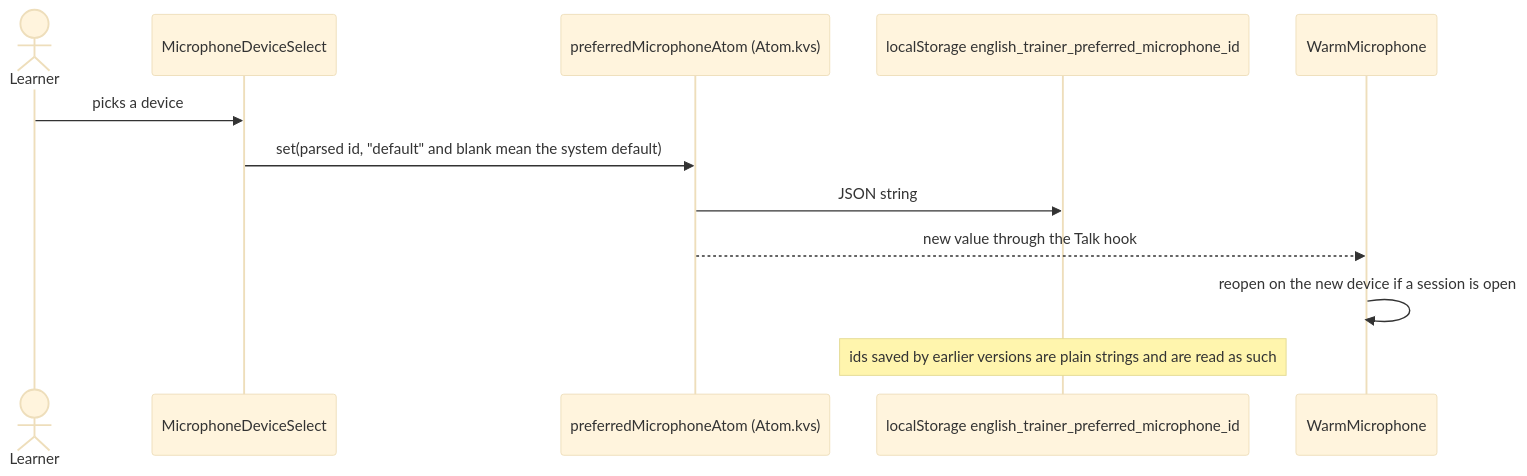
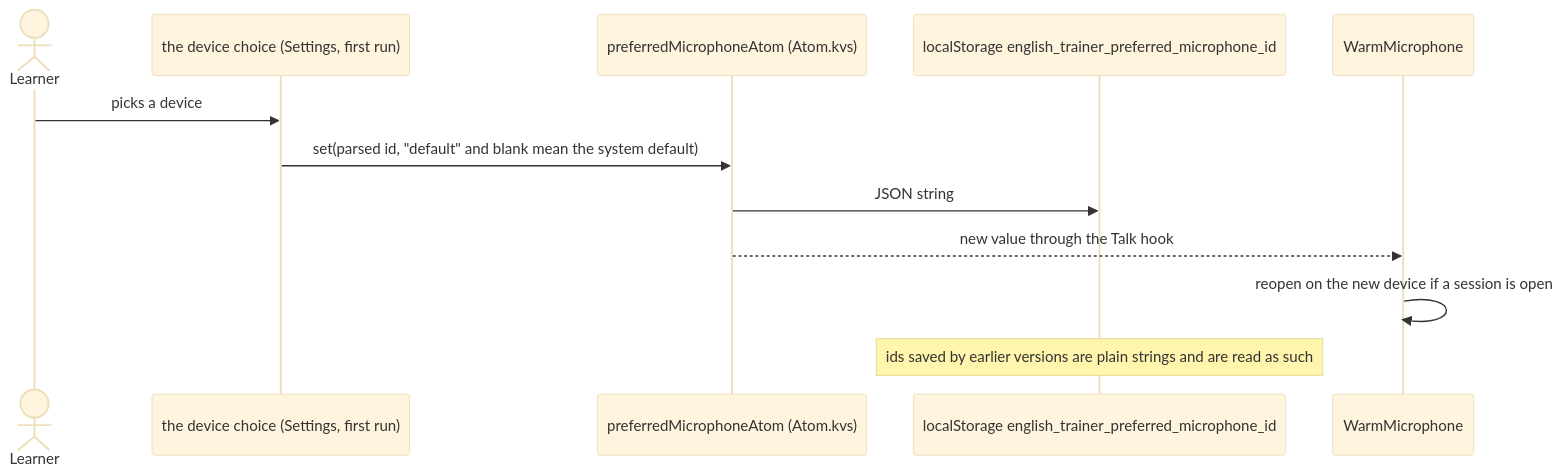
Before and after one commit to oleksii-latyshev/english-trainer: the fourth of 4 diagrams in src/core/audio/flow.md, drawn with Mermaid (base theme). The commit also changed other lines of this file and 104 other files, not shown here.

First line of the commit message:
refactor(settings): microphone and speech recognition settings as features (#58)

````diff
--- a/src/core/audio/flow.md
+++ b/src/core/audio/flow.md
@@ -85,15 +96,15 @@
 ```mermaid
 sequenceDiagram
     actor Learner
-    participant Select as MicrophoneDeviceSelect
+    participant Select as the device choice (Settings, first run)
     participant Atom as preferredMicrophoneAtom (Atom.kvs)
     participant Store as localStorage english_trainer_preferred_microphone_id
     participant Warm as WarmMicrophone
 
     Learner->>Select: picks a device
     Select->>Atom: set(parsed id, "default" and blank mean the system default)
     Atom->>Store: JSON string
     Atom-->>Warm: new value through the Talk hook
     Warm->>Warm: reopen on the new device if a session is open
     Note over Store: ids saved by earlier versions are plain strings and are read as such
 ```
````
